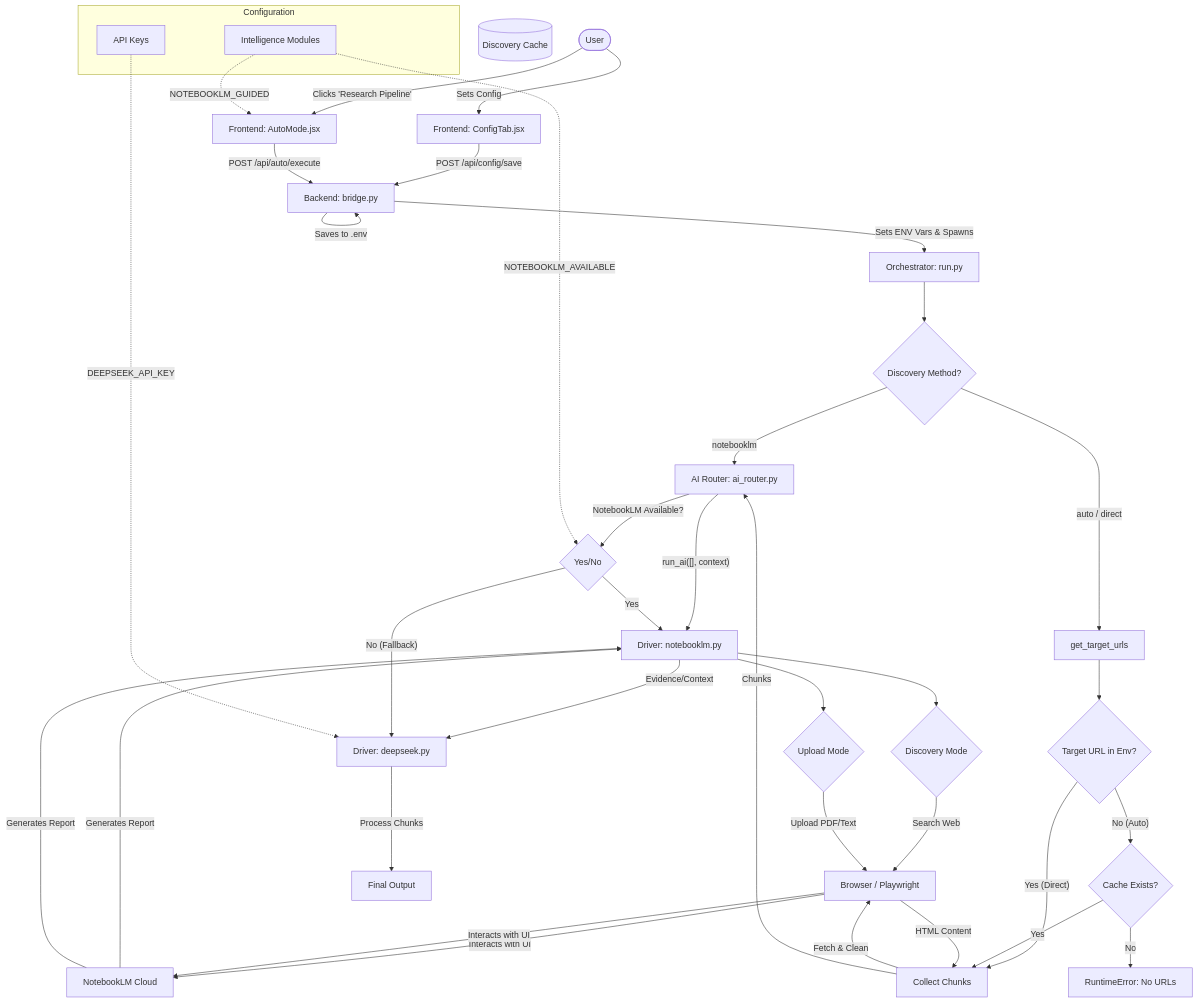
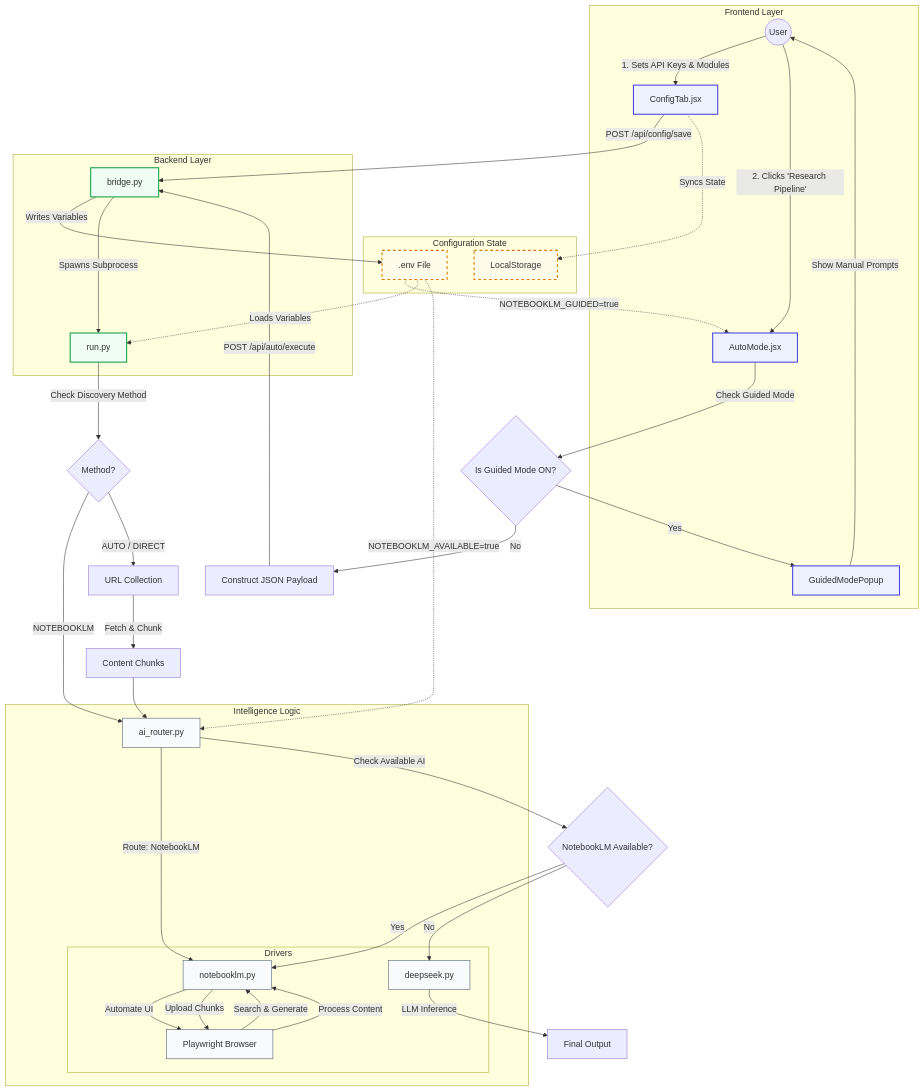
Before and after one commit to lakshman81-ai/NotebooklmCrawler: the diagram in flow_diagram.md, drawn with Mermaid. The commit also changed other lines of this file, not shown here.

Commit message:
Refine Intelligence Source documentation with narrative explanations

````diff
--- a/flow_diagram.md
+++ b/flow_diagram.md
@@ -5,73 +7,86 @@
 ```mermaid
 graph TD
-    %% Nodes
-    User([User])
-    UI[Frontend: AutoMode.jsx]
-    ConfigUI[Frontend: ConfigTab.jsx]
-    Backend[Backend: bridge.py]
-    Orchestrator[Orchestrator: run.py]
-    AIRouter[AI Router: ai_router.py]
-    NotebookLM[Driver: notebooklm.py]
-    DeepSeek[Driver: deepseek.py]
-    Browser[Browser / Playwright]
-    Cache[(Discovery Cache)]
+    %% --- STYLE DEFINITIONS ---
+    classDef ui fill:#eef2ff,stroke:#4f46e5,stroke-width:2px;
+    classDef backend fill:#f0fdf4,stroke:#16a34a,stroke-width:2px;
+    classDef config fill:#fffbeb,stroke:#d97706,stroke-width:2px,stroke-dasharray: 5 5;
+    classDef logic fill:#f8fafc,stroke:#475569,stroke-width:1px;
 
-    %% Config Flow
-    User -- Sets Config --> ConfigUI
-    ConfigUI -- POST /api/config/save --> Backend
-    Backend -- Saves to .env --> Backend
+    %% --- NODES ---
 
-    %% Execution Flow
-    User -- Clicks 'Research Pipeline' --> UI
-    UI -- POST /api/auto/execute --> Backend
-    Backend -- Sets ENV Vars & Spawns --> Orchestrator
-
-    %% Orchestrator Logic
-    Orchestrator --> CheckMethod{Discovery Method?}
-
-    %% Branch 1: NOTEBOOKLM
-    CheckMethod -- "notebooklm" --> AIRouter
-    AIRouter -- "run_ai([], context)" --> NotebookLM
-    NotebookLM --> NBLM_Discovery{Discovery Mode}
-    NBLM_Discovery -- "Search Web" --> Browser
-    Browser -- "Interacts with UI" --> NotebookLM_Cloud[NotebookLM Cloud]
-    NotebookLM_Cloud -- "Generates Report" --> NotebookLM
-
-    %% Branch 2: AUTO / GOOGLE / DDG
-    CheckMethod -- "auto / direct" --> GetURLs[get_target_urls]
-
-    GetURLs --> CheckEnv{Target URL in Env?}
-    CheckEnv -- Yes (Direct) --> ContentCollection[Collect Chunks]
-    CheckEnv -- No (Auto) --> CheckCache{Cache Exists?}
-
-    CheckCache -- Yes --> ContentCollection
-    CheckCache -- No --> Error[RuntimeError: No URLs]
-
-    %% Content Collection
-    ContentCollection -- "Fetch & Clean" --> Browser
-    Browser -- "HTML Content" --> ContentCollection
-    ContentCollection -- "Chunks" --> AIRouter
-
-    %% AI Processing (Uploaded Content)
-    AIRouter -- "NotebookLM Available?" --> CheckNBLM{Yes/No}
-
-    CheckNBLM -- Yes --> NotebookLM
-    NotebookLM --> NBLM_Upload{Upload Mode}
-    NBLM_Upload -- "Upload PDF/Text" --> Browser
-    Browser -- "Interacts with UI" --> NotebookLM_Cloud
-    NotebookLM_Cloud -- "Generates Report" --> NotebookLM
-    NotebookLM -- "Evidence/Context" --> DeepSeek
-
-    CheckNBLM -- No (Fallback) --> DeepSeek
-    DeepSeek -- "Process Chunks" --> FinalOutput[Final Output]
-
-    %% Config Links
-    subgraph Configuration
-        Config_Modules[Intelligence Modules]
-        Config_Keys[API Keys]
+    subgraph Frontend_UI [Frontend Layer]
+        User((User))
+        ConfigTab[ConfigTab.jsx]:::ui
+        AutoMode[AutoMode.jsx]:::ui
+        GuidedPopup[GuidedModePopup]:::ui
     end
 
-    Config_Modules -.-> |"NOTEBOOKLM_AVAILABLE"| CheckNBLM
-    Config_Modules -.-> |"NOTEBOOKLM_GUIDED"| UI
-    Config_Keys -.-> |"DEEPSEEK_API_KEY"| DeepSeek
+    subgraph Configuration_Store [Configuration State]
+        EnvFile[.env File]:::config
+        BrowserStorage[LocalStorage]:::config
+    end
+
+    subgraph Backend_Server [Backend Layer]
+        Bridge[bridge.py]:::backend
+        Orchestrator[run.py]:::backend
+    end
+
+    subgraph Execution_Logic [Intelligence Logic]
+        AIRouter[ai_router.py]:::logic
+
+        subgraph Drivers
+            NotebookLM[notebooklm.py]:::logic
+            DeepSeek[deepseek.py]:::logic
+            Browser[Playwright Browser]:::logic
+        end
+    end
+
+    %% --- FLOWS ---
+
+    %% 1. Configuration Flow
+    User -- "1. Sets API Keys & Modules" --> ConfigTab
+    ConfigTab -- "POST /api/config/save" --> Bridge
+    Bridge -- "Writes Variables" --> EnvFile
+    ConfigTab -.-> |"Syncs State"| BrowserStorage
+
+    %% 2. Execution Trigger Flow
+    User -- "2. Clicks 'Research Pipeline'" --> AutoMode
+
+    %% Decision Gate: GUIDED MODE
+    EnvFile -.-> |"NOTEBOOKLM_GUIDED=true"| AutoMode
+    AutoMode -- "Check Guided Mode" --> Gate_Guided{Is Guided Mode ON?}
+    Gate_Guided -- Yes --> GuidedPopup
+    GuidedPopup -- "Show Manual Prompts" --> User
+
+    Gate_Guided -- No --> Payload[Construct JSON Payload]
+    Payload -- "POST /api/auto/execute" --> Bridge
+
+    %% 3. Backend Orchestration
+    Bridge -- "Spawns Subprocess" --> Orchestrator
+    EnvFile -.-> |"Loads Variables"| Orchestrator
+
+    Orchestrator -- "Check Discovery Method" --> Gate_Method{Method?}
+
+    %% BRANCH A: NOTEBOOKLM (Discovery)
+    Gate_Method -- "NOTEBOOKLM" --> AIRouter
+    AIRouter -- "Route: NotebookLM" --> NotebookLM
+    NotebookLM -- "Automate UI" --> Browser
+    Browser -- "Search & Generate" --> NotebookLM
+
+    %% BRANCH B: AUTO / DIRECT
+    Gate_Method -- "AUTO / DIRECT" --> UrlLogic[URL Collection]
+    UrlLogic -- "Fetch & Chunk" --> Chunks[Content Chunks]
+    Chunks --> AIRouter
+
+    %% Decision Gate: AI BACKEND
+    EnvFile -.-> |"NOTEBOOKLM_AVAILABLE=true"| AIRouter
+    AIRouter -- "Check Available AI" --> Gate_AI{NotebookLM Available?}
+
+    Gate_AI -- Yes --> NotebookLM
+    NotebookLM -- "Upload Chunks" --> Browser
+    Browser -- "Process Content" --> NotebookLM
+
+    Gate_AI -- No --> DeepSeek
+    DeepSeek -- "LLM Inference" --> FinalOutput[Final Output]
+
 ```
````
